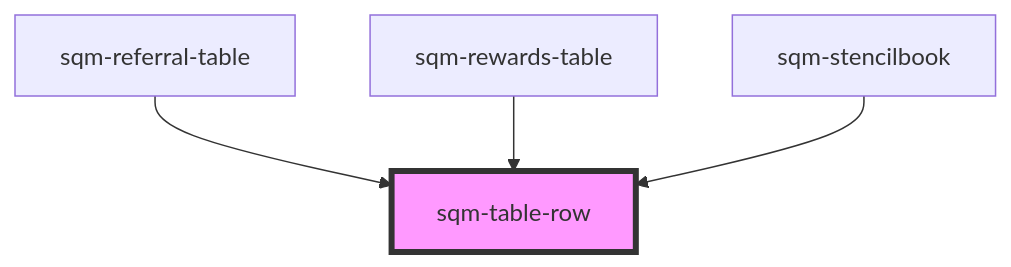
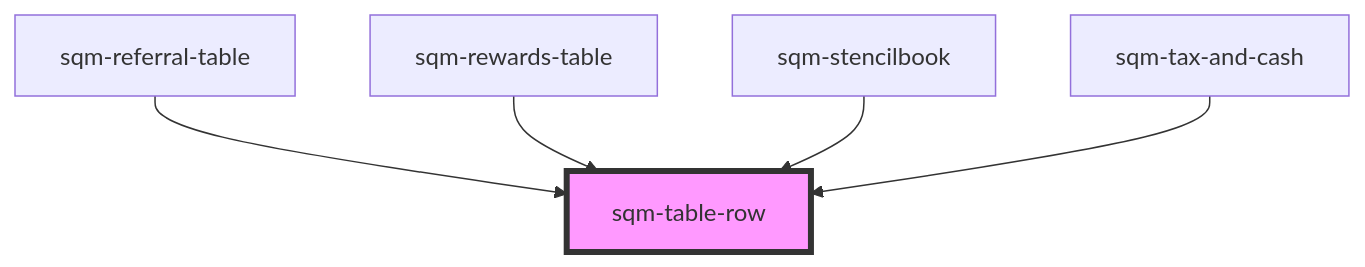
One commit to saasquatch/program-tools changed the diagram in packages/mint-components/src/components/sqm-table-row/readme.md. Above: the diagram before and after it, drawn with Mermaid. The commit also changed other lines of this file and 12 other files, not shown here.

````diff
--- a/packages/mint-components/src/components/sqm-table-row/readme.md
+++ b/packages/mint-components/src/components/sqm-table-row/readme.md
@@ -24,7 +25,8 @@
 ```mermaid
 graph TD;
   sqm-referral-table --> sqm-table-row
   sqm-rewards-table --> sqm-table-row
   sqm-stencilbook --> sqm-table-row
+  sqm-tax-and-cash --> sqm-table-row
   style sqm-table-row fill:#f9f,stroke:#333,stroke-width:4px
 ```
````
